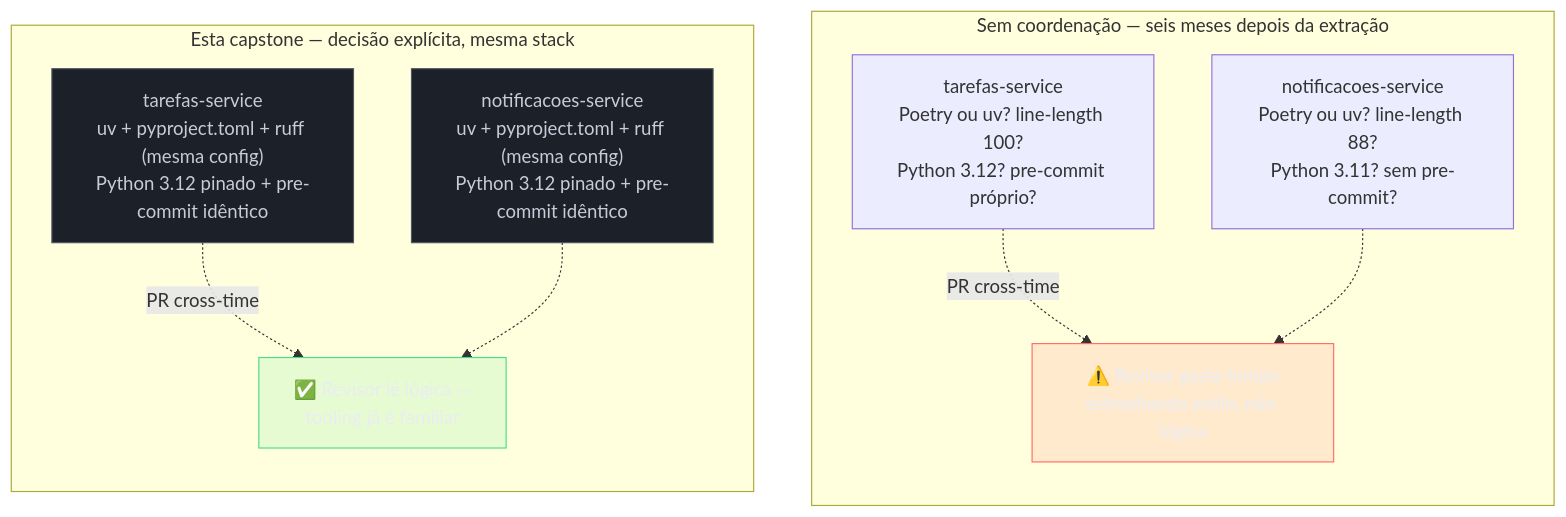
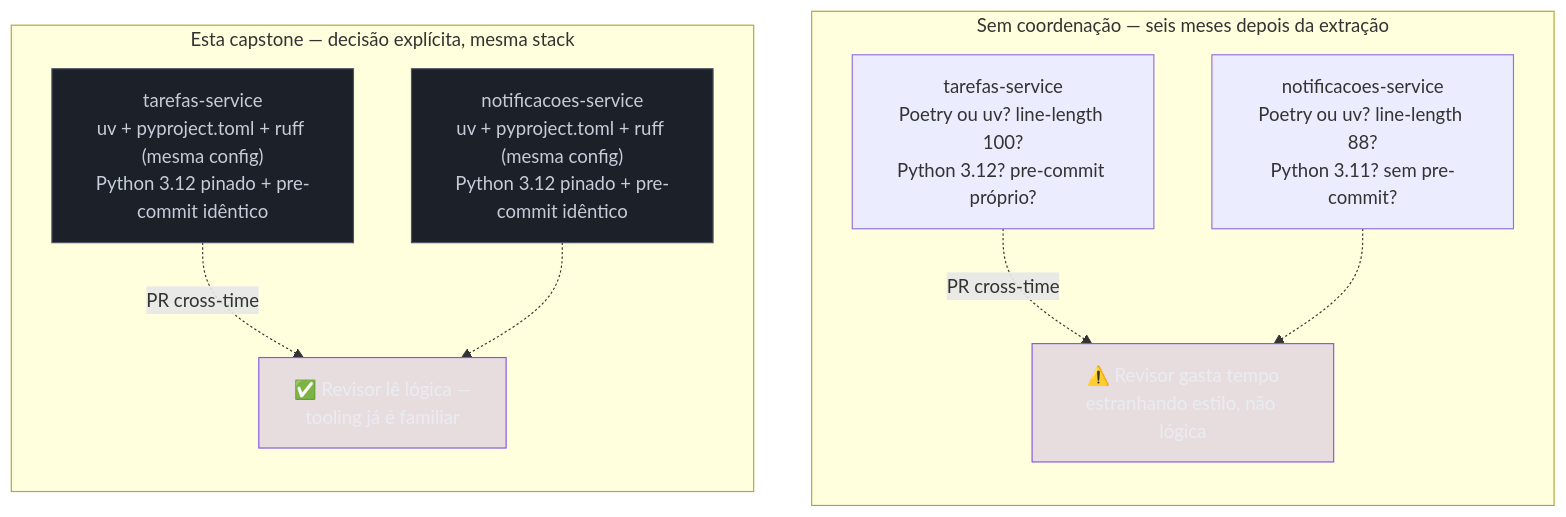
One commit to josenaldo/codex-technomanticus changed the first of 4 diagrams in 03-Dominios/Tecnologia/Python/Build e tooling/08 - Capstone — tooling consistente nos dois serviços.md. Above: the diagram before and after it, drawn with Mermaid. The commit also changed other lines of this file and 601 other files, not shown here.

````diff
--- a/03-Dominios/Tecnologia/Python/Build e tooling/08 - Capstone — tooling consistente nos dois serviços.md
+++ b/03-Dominios/Tecnologia/Python/Build e tooling/08 - Capstone — tooling consistente nos dois serviços.md
@@ -29,26 +29,25 @@
 ```mermaid
 flowchart TB
-    classDef falha fill:#FF6B6B24,stroke:#FF6B6B,color:#E9ECF2
-    classDef ok fill:#4ADE8021,stroke:#4ADE80,color:#E9ECF2
+    classDef marca fill:#8855DF33,stroke:#8855DF,color:#E9ECF2
     classDef neutro fill:#1B2029,stroke:#4E5666,color:#C6CCD8
     subgraph Risco["Sem coordenação — seis meses depois da extração"]
         direction TB
         T1["tarefas-service<br/>Poetry ou uv? line-length 100?<br/>Python 3.12? pre-commit próprio?"]
         N1["notificacoes-service<br/>Poetry ou uv? line-length 88?<br/>Python 3.11? sem pre-commit?"]
         T1 -.->|"PR cross-time"| Atrito["⚠️ Revisor gasta tempo<br/>estranhando estilo, não lógica"]
         N1 -.-> Atrito
     end
 
     subgraph Consistente["Esta capstone — decisão explícita, mesma stack"]
         direction TB
         T2["tarefas-service<br/>uv + pyproject.toml + ruff (mesma config)<br/>Python 3.12 pinado + pre-commit idêntico"]
         N2["notificacoes-service<br/>uv + pyproject.toml + ruff (mesma config)<br/>Python 3.12 pinado + pre-commit idêntico"]
         T2 -.->|"PR cross-time"| OK["✅ Revisor lê lógica —<br/>tooling já é familiar"]
         N2 -.-> OK
     end
 
-    class Atrito falha
-    class OK ok
+    class Atrito marca
+    class OK marca
     class T2 neutro
     class N2 neutro
 ```
````
